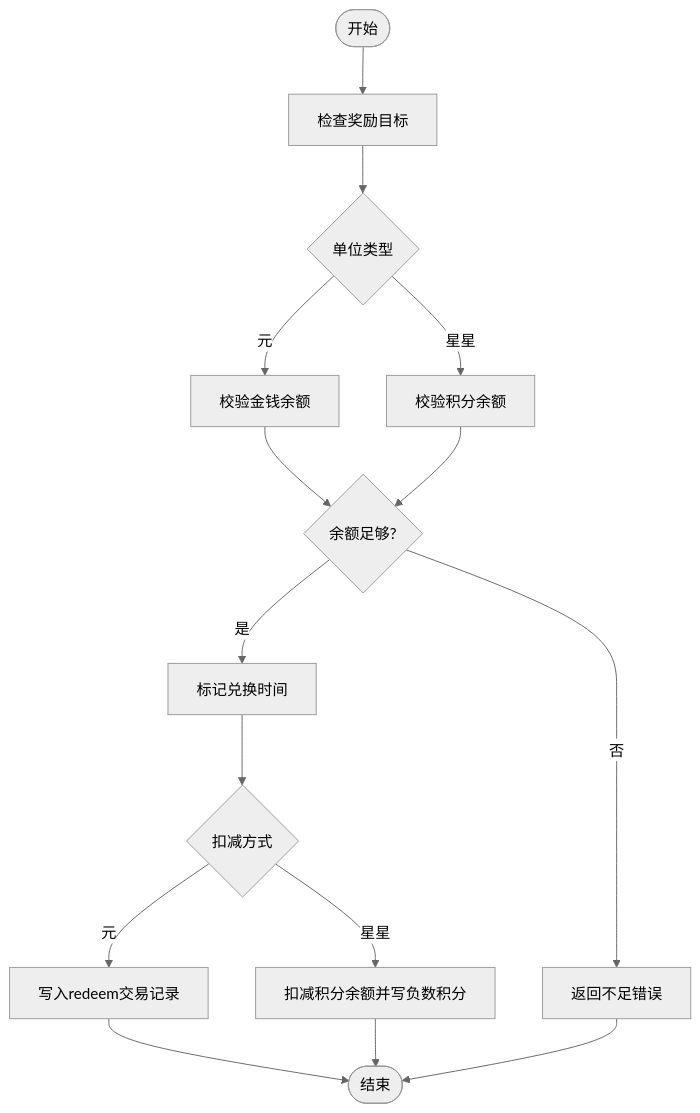
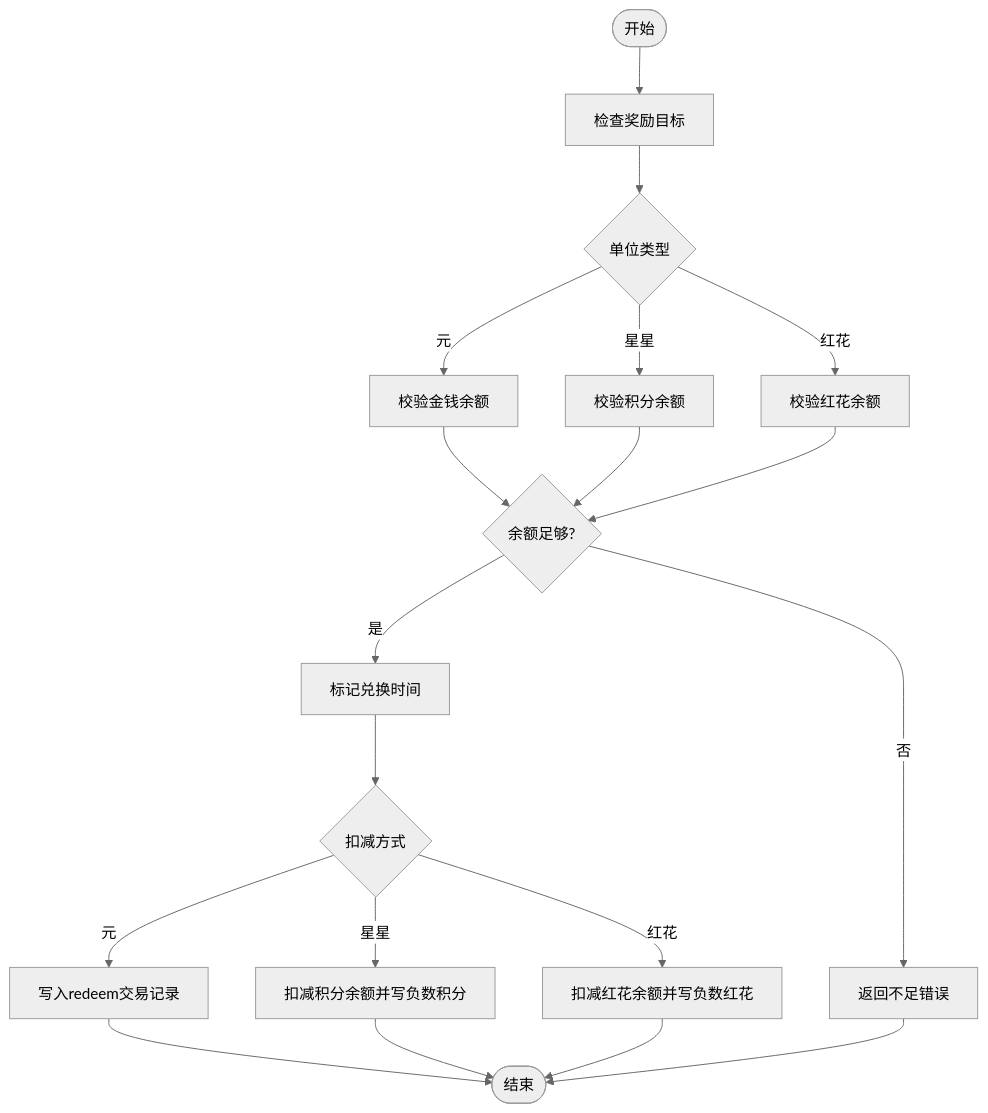
One commit to dawny123123/StarParadise changed the third of 4 diagrams in .qoder/repowiki/zh/content/双货币激励体系.md. Above: the diagram before and after it, drawn with Mermaid (neutral theme). The commit also changed other lines of this file and 126 other files, not shown here.

````diff
--- a/.qoder/repowiki/zh/content/双货币激励体系.md
+++ b/.qoder/repowiki/zh/content/双货币激励体系.md
@@ -210,17 +248,21 @@
 ```mermaid
 flowchart TD
 Start(["开始"]) --> CheckReward["检查奖励目标"]
 CheckReward --> Unit{"单位类型"}
 Unit --> |元| MoneyCheck["校验金钱余额"]
 Unit --> |星星| PointsCheck["校验积分余额"]
+Unit --> |红花| FlowersCheck["校验红花余额"]
 MoneyCheck --> Enough{"余额足够?"}
 PointsCheck --> Enough
+FlowersCheck --> Enough
 Enough --> |否| Error["返回不足错误"]
 Enough --> |是| MarkRedeemed["标记兑换时间"]
 MarkRedeemed --> Deduct{"扣减方式"}
 Deduct --> |元| WriteTrans["写入redeem交易记录"]
 Deduct --> |星星| UpdatePoints["扣减积分余额并写负数积分"]
+Deduct --> |红花| UpdateFlowers["扣减红花余额并写负数红花"]
 WriteTrans --> End(["结束"])
 UpdatePoints --> End
+UpdateFlowers --> End
 Error --> End
 ```
````
